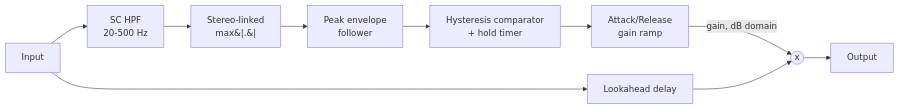
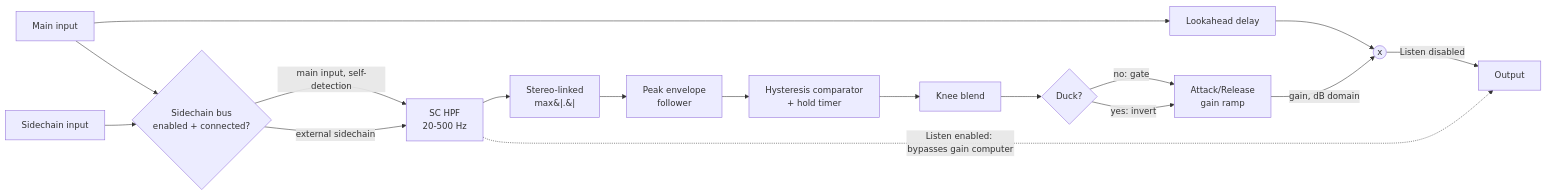
Before and after one commit to metal-up-your-ass/Silentium: the diagram in docs/architecture.md, drawn with Mermaid. The commit also changed other lines of this file and 17 other files, not shown here.

First line of the commit message:
M1: DSP completion (knee, duck, listen, external sidechain) + broadened tests + v0.1.0 docs (#8)

````diff
--- a/docs/architecture.md
+++ b/docs/architecture.md
@@ -5,12 +5,19 @@
 ```mermaid
 flowchart LR
-    IN[Input] --> LOOKAHEAD[Lookahead delay]
-    IN --> SCHPF[SC HPF<br/>20-500 Hz]
+    IN[Main input] --> LOOKAHEAD[Lookahead delay]
+    IN --> DETSRC{Sidechain bus<br/>enabled + connected?}
+    SC[Sidechain input] --> DETSRC
+    DETSRC -->|main input, self-detection| SCHPF[SC HPF<br/>20-500 Hz]
+    DETSRC -->|external sidechain| SCHPF
     SCHPF --> LINK[Stereo-linked<br/>max&#124;.&#124;]
     LINK --> ENV[Peak envelope<br/>follower]
     ENV --> GATE[Hysteresis comparator<br/>+ hold timer]
-    GATE --> RAMP[Attack/Release<br/>gain ramp]
+    GATE --> KNEE[Knee blend]
+    KNEE --> DUCK{Duck?}
+    DUCK -->|no: gate| RAMP[Attack/Release<br/>gain ramp]
+    DUCK -->|yes: invert| RAMP
     RAMP -->|gain, dB domain| MULT((x))
     LOOKAHEAD --> MULT
-    MULT --> OUT[Output]
+    SCHPF -.->|Listen enabled: bypasses gain computer| OUT[Output]
+    MULT -->|Listen disabled| OUT
 ```
````
